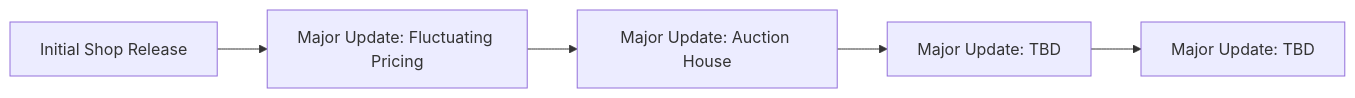
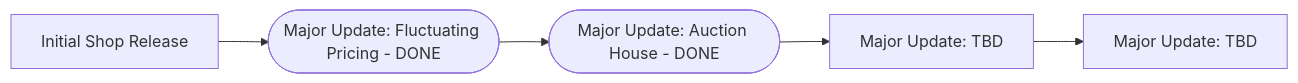
One commit to Velocity-R/Velocitys-Shop changed the diagram in README.md. Above: the diagram before and after it, drawn with Mermaid. The commit also changed other lines of this file, not shown here.

Commit message:
Update README with completed project phases

````diff
--- a/README.md
+++ b/README.md
@@ -15,9 +15,9 @@
 ```mermaid
 flowchart LR
     %% Phase# --> Phase#[Major Update: ] P#_Sub#[Minor Update: ]
 
-    Start[Initial Shop Release] --> Phase1[Major Update: Fluctuating Pricing]
-    Phase1 --> Phase2[Major Update: Auction House]
+    Start[Initial Shop Release] --> Phase1([Major Update: Fluctuating Pricing - DONE])
+    Phase1 --> Phase2([Major Update: Auction House - DONE])
     Phase2 --> Phase3[Major Update: TBD]
     Phase3 --> End[Major Update: TBD]
 ```
````
